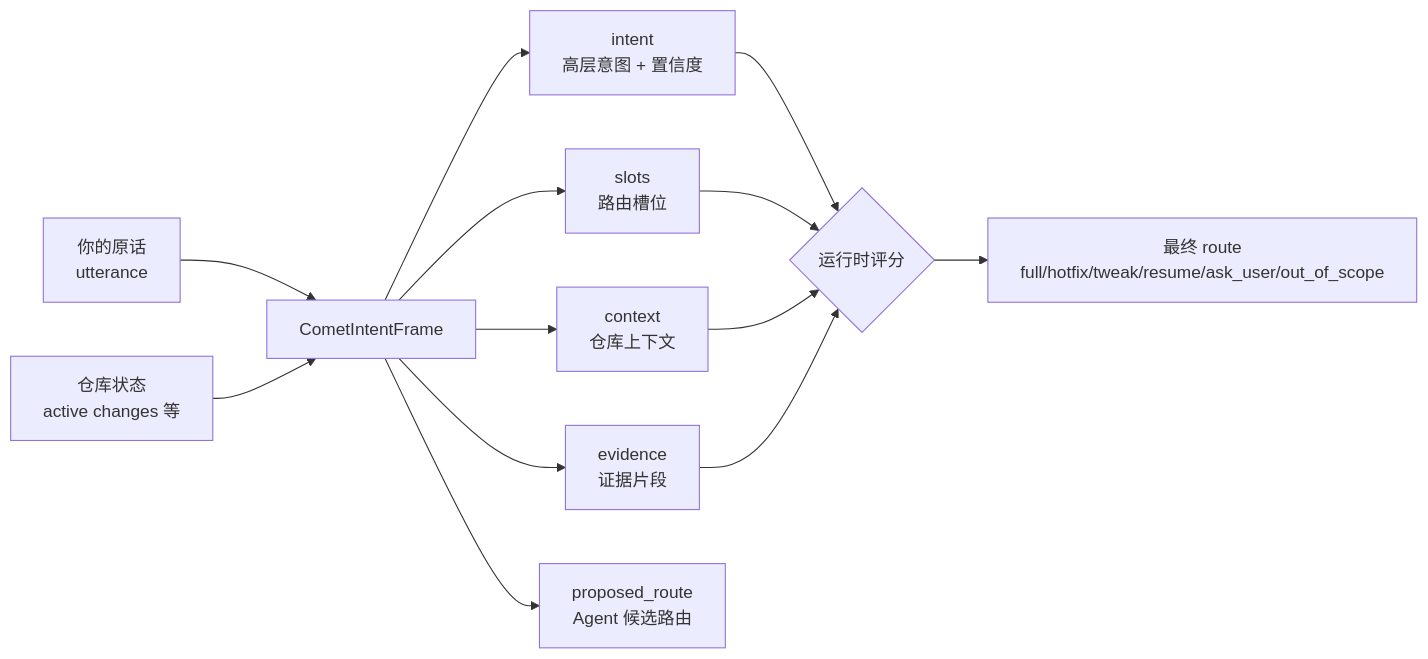
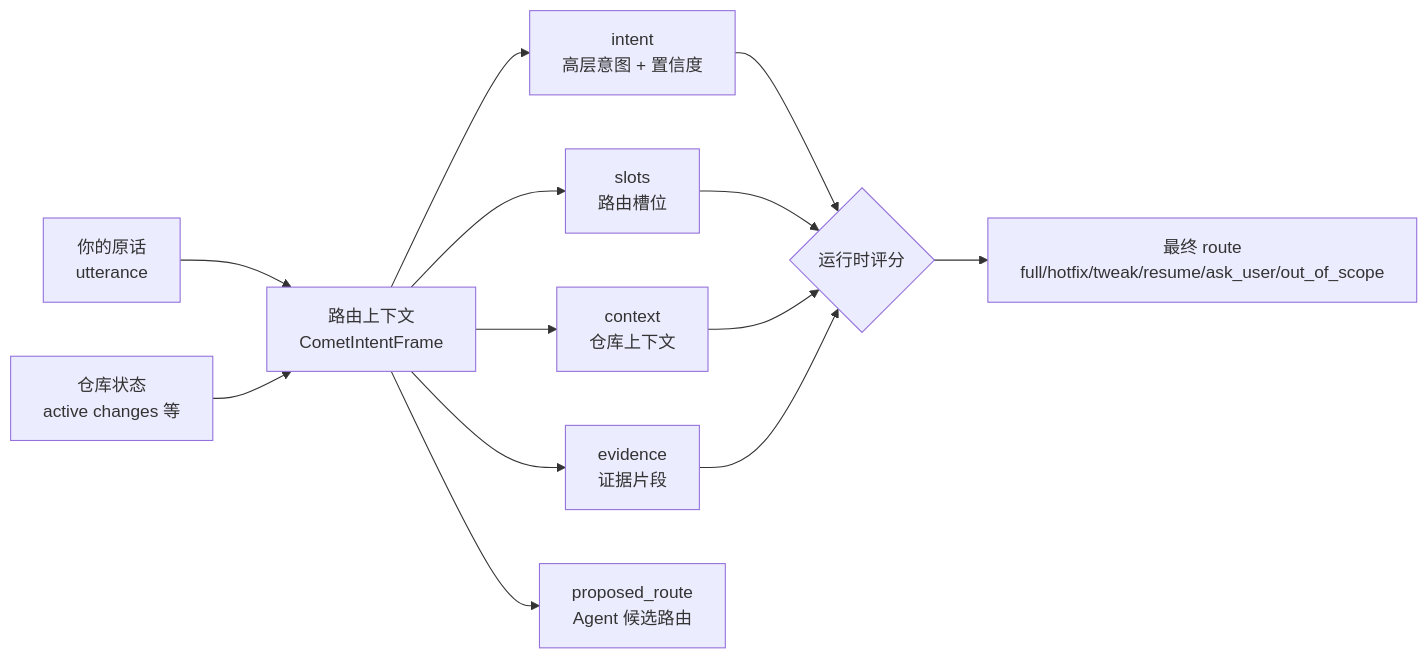
Before and after one commit to rpamis/comet-website-docs: the first of 2 diagrams in zh/concepts/intent-routing.mdx, drawn with Mermaid. The commit also changed other lines of this file and 7 other files, not shown here.

Commit message:
docs: rename intent frame terminology

````diff
--- a/zh/concepts/intent-routing.mdx
+++ b/zh/concepts/intent-routing.mdx
@@ -48,15 +48,15 @@
 ```mermaid
 flowchart LR
-    U["你的原话<br/>utterance"] --> F["CometIntentFrame"]
+    U["你的原话<br/>utterance"] --> F["路由上下文<br/>CometIntentFrame"]
     R["仓库状态<br/>active changes 等"] --> F
     F --> I["intent<br/>高层意图 + 置信度"]
     F --> S["slots<br/>路由槽位"]
     F --> C["context<br/>仓库上下文"]
     F --> E["evidence<br/>证据片段"]
     F --> P["proposed_route<br/>Agent 候选路由"]
     I --> RT{"运行时评分"}
     S --> RT
     C --> RT
     E --> RT
     RT --> O["最终 route<br/>full/hotfix/tweak/resume/ask_user/out_of_scope"]
 ```
````
